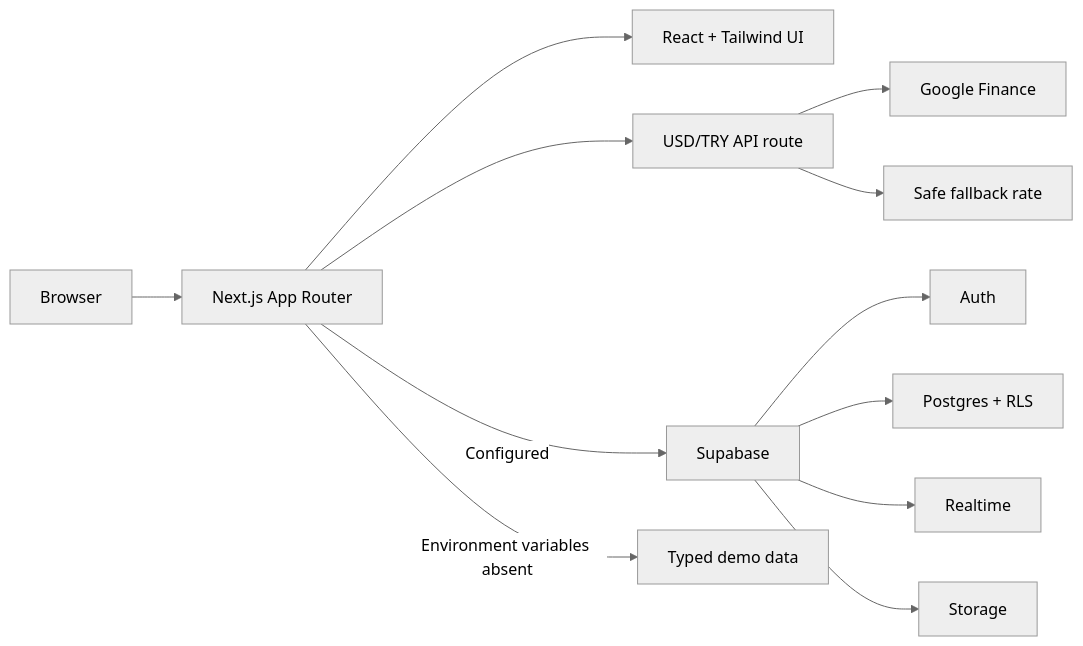
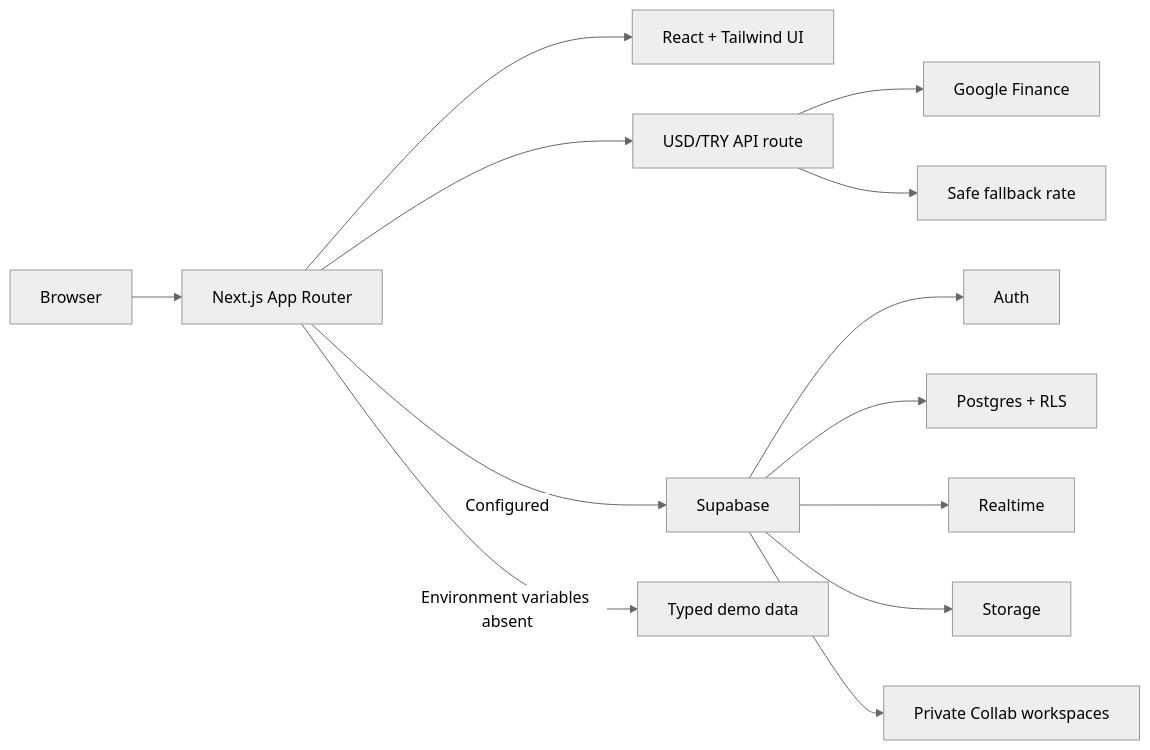
Before and after one commit to koraykurt19/JAMLY: the diagram in README.md, drawn with Mermaid (neutral theme). The commit also changed other lines of this file and 26 other files, not shown here.

````diff
--- a/README.md
+++ b/README.md
@@ -49,14 +50,15 @@
 ```mermaid
 flowchart LR
     Browser["Browser"] --> Next["Next.js App Router"]
     Next --> UI["React + Tailwind UI"]
     Next --> FX["USD/TRY API route"]
     FX --> Google["Google Finance"]
     FX --> Fallback["Safe fallback rate"]
     Next -->|"Configured"| Supabase["Supabase"]
     Supabase --> Auth["Auth"]
     Supabase --> Postgres["Postgres + RLS"]
     Supabase --> Realtime["Realtime"]
     Supabase --> Storage["Storage"]
+    Supabase --> Collab["Private Collab workspaces"]
     Next -->|"Environment variables absent"| Demo["Typed demo data"]
 ```
````
